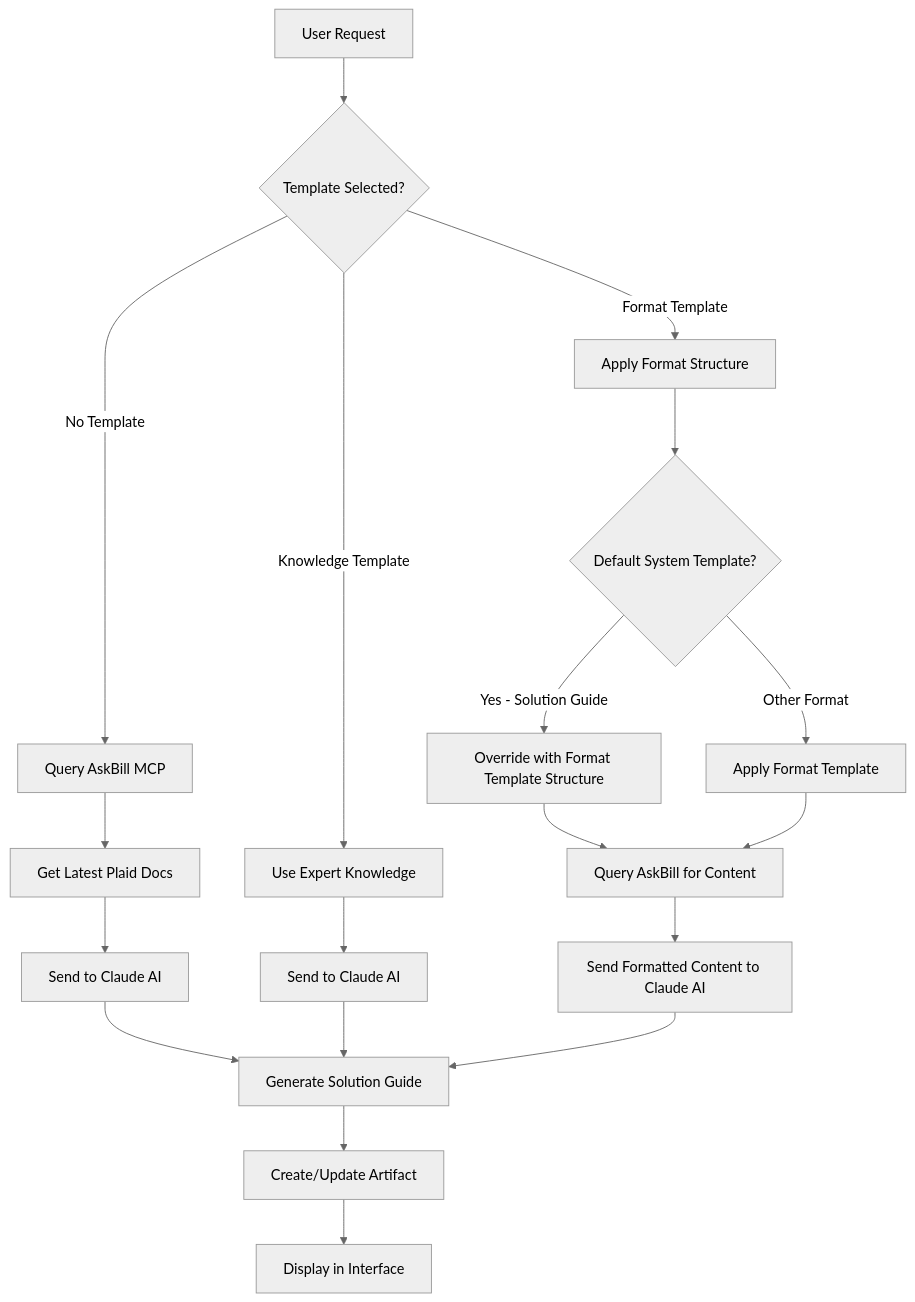
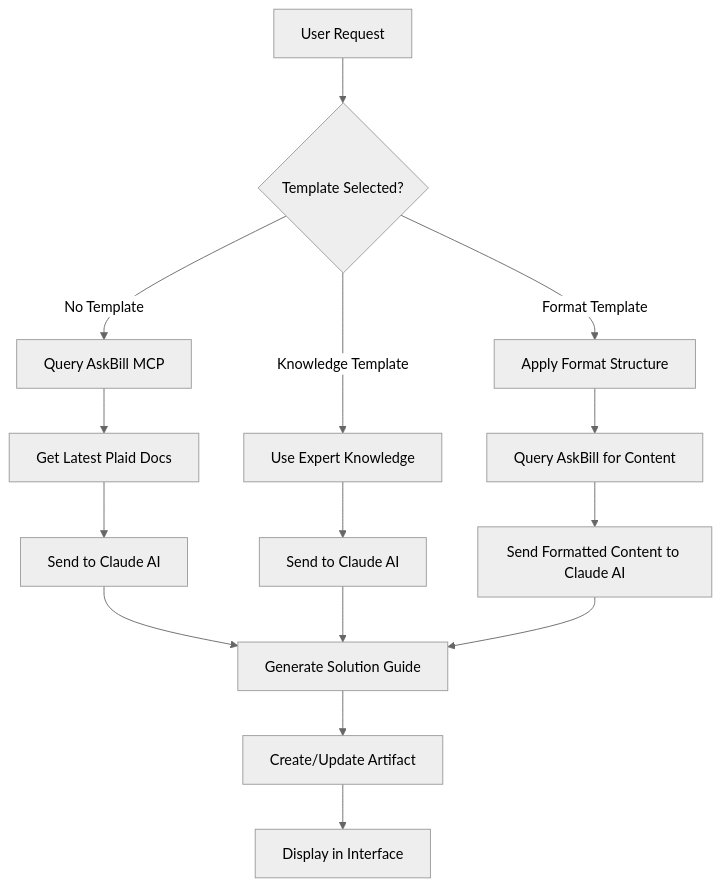
Before and after one commit to thedmaj/plaid-solution-guide: the diagram in README.md, drawn with Mermaid (neutral theme). The commit also changed other lines of this file and 39 other files, not shown here.

````diff
--- a/README.md
+++ b/README.md
@@ -42,26 +34,22 @@
 ```mermaid
 graph TD
     A[User Request] --> B{Template Selected?}
     B -->|Knowledge Template| C[Use Expert Knowledge]
     B -->|Format Template| K[Apply Format Structure]
     B -->|No Template| D[Query AskBill MCP]
     
     D --> E[Get Latest Plaid Docs]
     E --> F[Send to Claude AI]
     
     C --> G[Send to Claude AI]
     
-    K --> L{Default System Template?}
-    L -->|Yes - Solution Guide| M[Override with Format Template Structure]
-    L -->|Other Format| N[Apply Format Template]
-    M --> O[Query AskBill for Content]
-    N --> O
+    K --> O[Query AskBill for Content]
     O --> P[Send Formatted Content to Claude AI]
     
     F --> H[Generate Solution Guide]
     G --> H
     P --> H
     
     H --> I[Create/Update Artifact]
     I --> J[Display in Interface]
 ```
````
